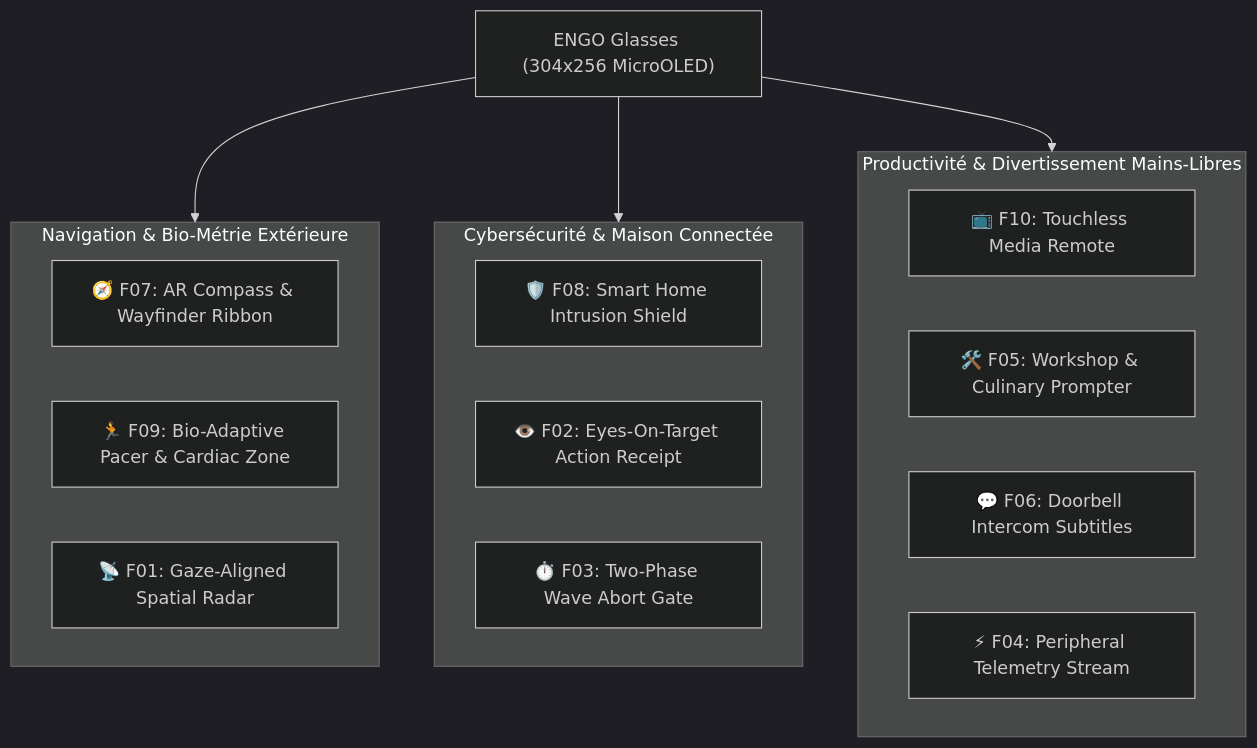
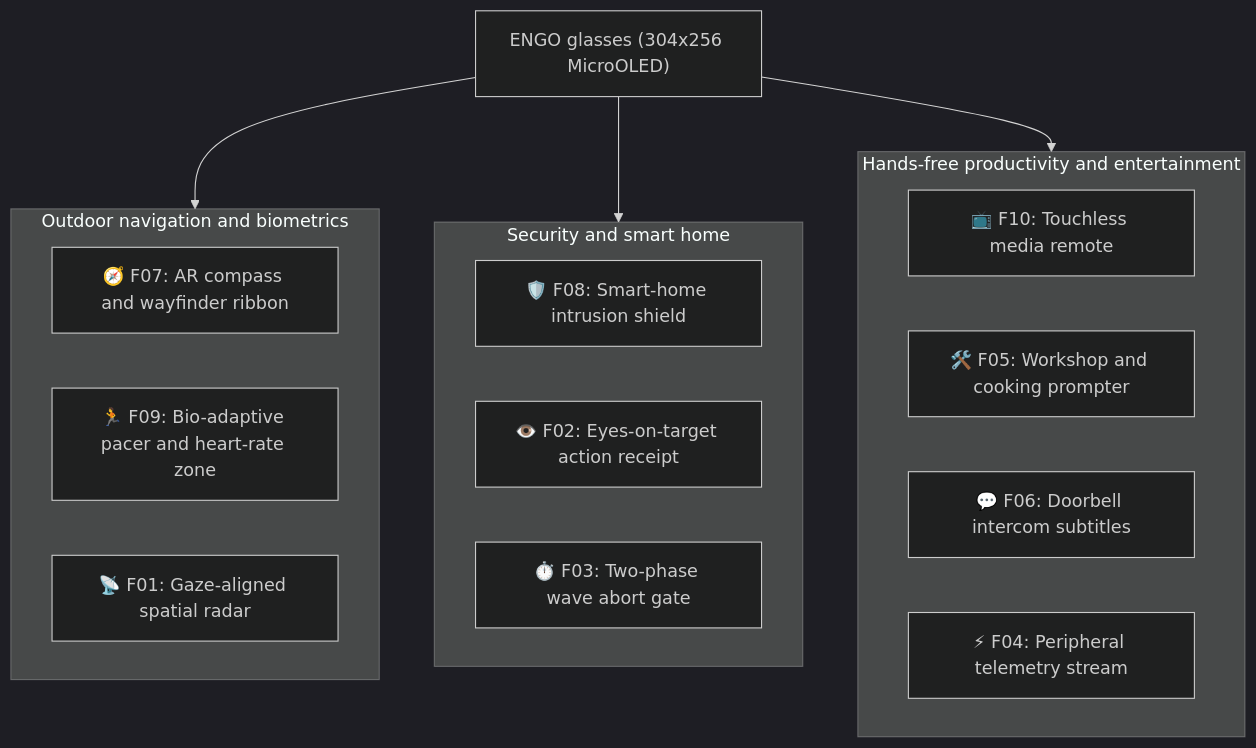
One commit to toskaman/openbridge changed the diagram in docs/partners/engo/11_ADVANCED_HUD_FEATURES_CATALOG.md. Above: the diagram before and after it, drawn with Mermaid (dark theme). The commit also changed other lines of this file and 29 other files, not shown here.

````diff
--- a/docs/partners/engo/11_ADVANCED_HUD_FEATURES_CATALOG.md
+++ b/docs/partners/engo/11_ADVANCED_HUD_FEATURES_CATALOG.md
@@ -10,25 +13,25 @@
 ```mermaid
 flowchart TD
-    subgraph OUTDOOR["Navigation & Bio-Métrie Extérieure"]
-        F1["🧭 F07: AR Compass & Wayfinder Ribbon"]
-        F2["🏃 F09: Bio-Adaptive Pacer & Cardiac Zone"]
-        F3["📡 F01: Gaze-Aligned Spatial Radar"]
+    subgraph OUTDOOR["Outdoor navigation and biometrics"]
+        F1["🧭 F07: AR compass and wayfinder ribbon"]
+        F2["🏃 F09: Bio-adaptive pacer and heart-rate zone"]
+        F3["📡 F01: Gaze-aligned spatial radar"]
     end
 
-    subgraph SECURITY["Cybersécurité & Maison Connectée"]
-        F4["🛡️ F08: Smart Home Intrusion Shield"]
-        F5["👁️ F02: Eyes-On-Target Action Receipt"]
-        F6["⏱️ F03: Two-Phase Wave Abort Gate"]
+    subgraph SECURITY["Security and smart home"]
+        F4["🛡️ F08: Smart-home intrusion shield"]
+        F5["👁️ F02: Eyes-on-target action receipt"]
+        F6["⏱️ F03: Two-phase wave abort gate"]
     end
 
-    subgraph WORKFLOW["Productivité & Divertissement Mains-Libres"]
-        F7["📺 F10: Touchless Media Remote"]
-        F8["🛠️ F05: Workshop & Culinary Prompter"]
-        F9["💬 F06: Doorbell Intercom Subtitles"]
-        F10["⚡ F04: Peripheral Telemetry Stream"]
+    subgraph WORKFLOW["Hands-free productivity and entertainment"]
+        F7["📺 F10: Touchless media remote"]
+        F8["🛠️ F05: Workshop and cooking prompter"]
+        F9["💬 F06: Doorbell intercom subtitles"]
+        F10["⚡ F04: Peripheral telemetry stream"]
     end
 
-    ENGO["ENGO Glasses (304x256 MicroOLED)"] --> OUTDOOR
+    ENGO["ENGO glasses (304x256 MicroOLED)"] --> OUTDOOR
     ENGO --> SECURITY
     ENGO --> WORKFLOW
 ```
````
